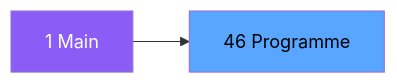
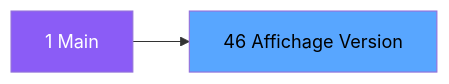
Before and after one commit to thonyAGP/magic-migration: the second of 3 diagrams in .openspec/specs/ADH-IDE-46.md, drawn with Mermaid. The commit also changed other lines of this file and 323 other files, not shown here.

````diff
--- a/.openspec/specs/ADH-IDE-46.md
+++ b/.openspec/specs/ADH-IDE-46.md
@@ -98,8 +107,8 @@
 ```mermaid
 graph LR
     M[1 Main]
-    T[46 Programme]
+    T[46 Affichage Version]
     M --> T
     style M fill:#8b5cf6,color:#fff
     style T fill:#58a6ff,color:#000
 ```
````
